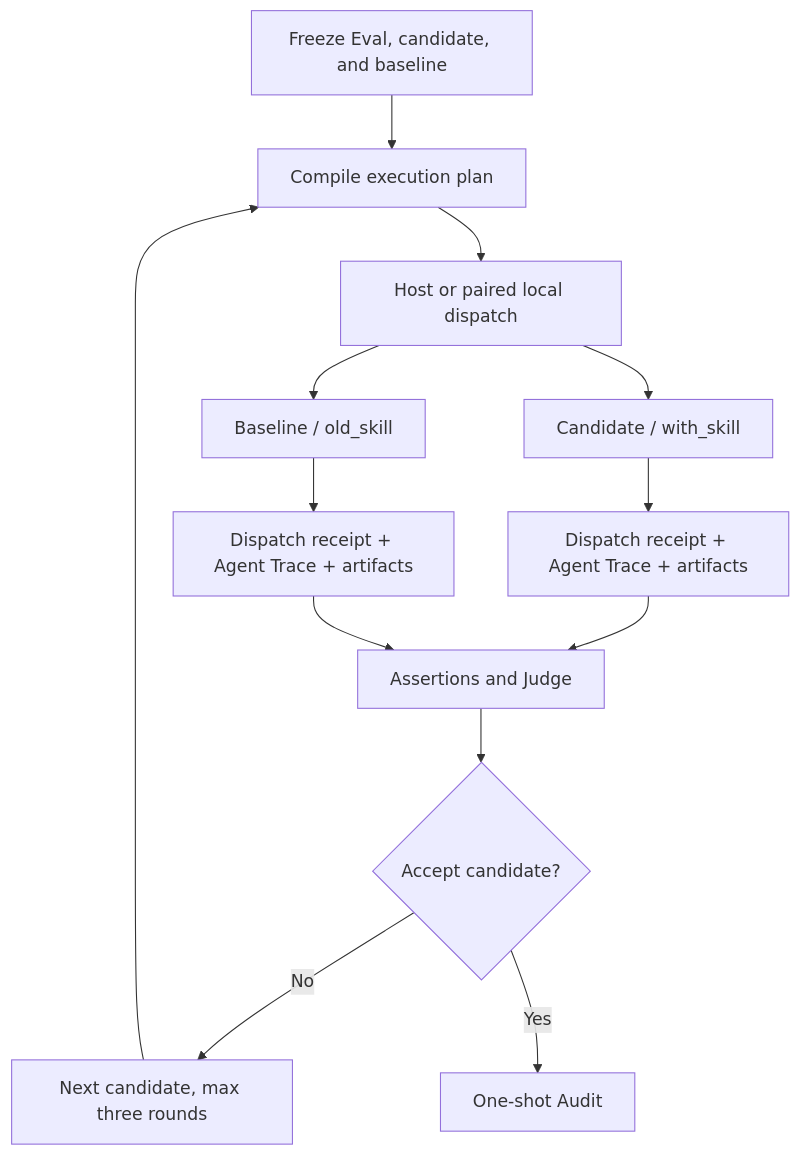
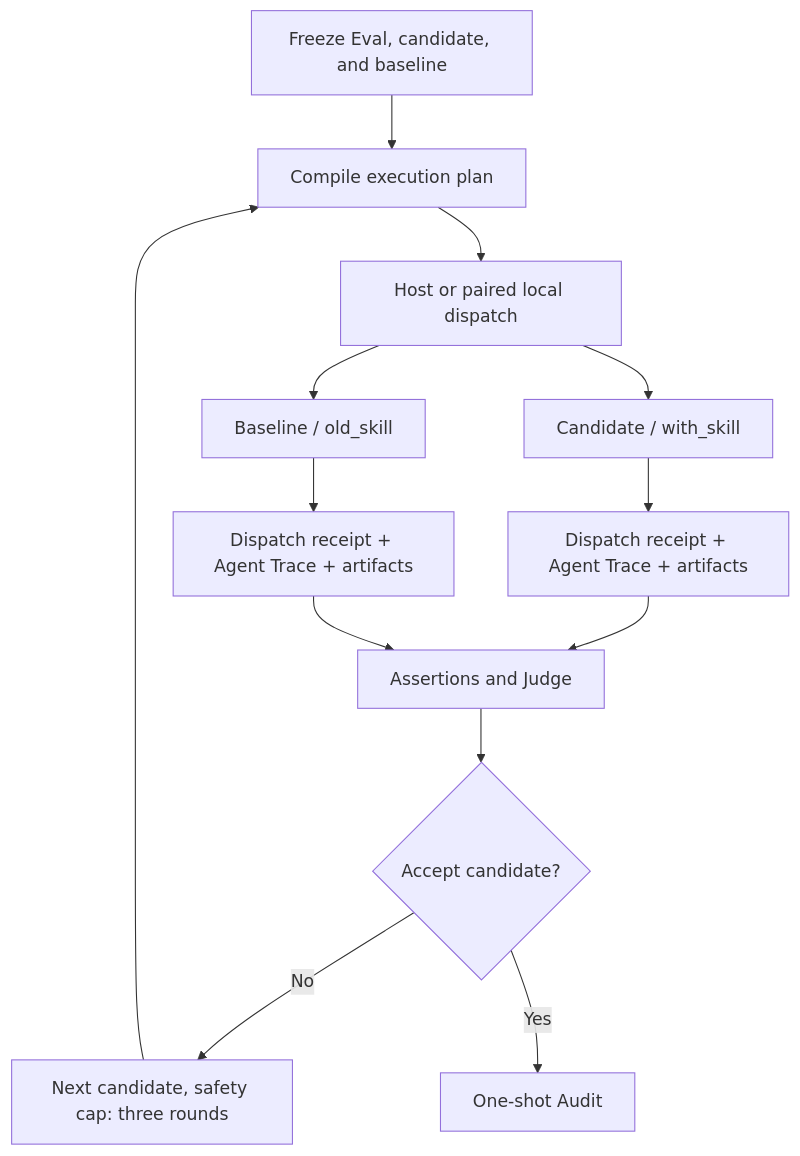
Before and after one commit to Nirvana-Jie/skill-reviewer: the second of 2 diagrams in README.md, drawn with Mermaid. The commit also changed other lines of this file and 113 other files, not shown here.

````diff
--- a/README.md
+++ b/README.md
@@ -109,15 +127,15 @@
 ```mermaid
 flowchart TB
     M["Freeze Eval, candidate, and baseline"] --> C["Compile execution plan"]
     C --> D["Host or paired local dispatch"]
     D --> W["Candidate / with_skill"]
     D --> O["Baseline / old_skill"]
     W --> T1["Dispatch receipt + Agent Trace + artifacts"]
     O --> T2["Dispatch receipt + Agent Trace + artifacts"]
     T1 --> G["Assertions and Judge"]
     T2 --> G
     G --> P{"Accept candidate?"}
-    P -- "No" --> N["Next candidate, max three rounds"]
+    P -- "No" --> N["Next candidate, safety cap: three rounds"]
     N --> C
     P -- "Yes" --> A["One-shot Audit"]
 ```
````
